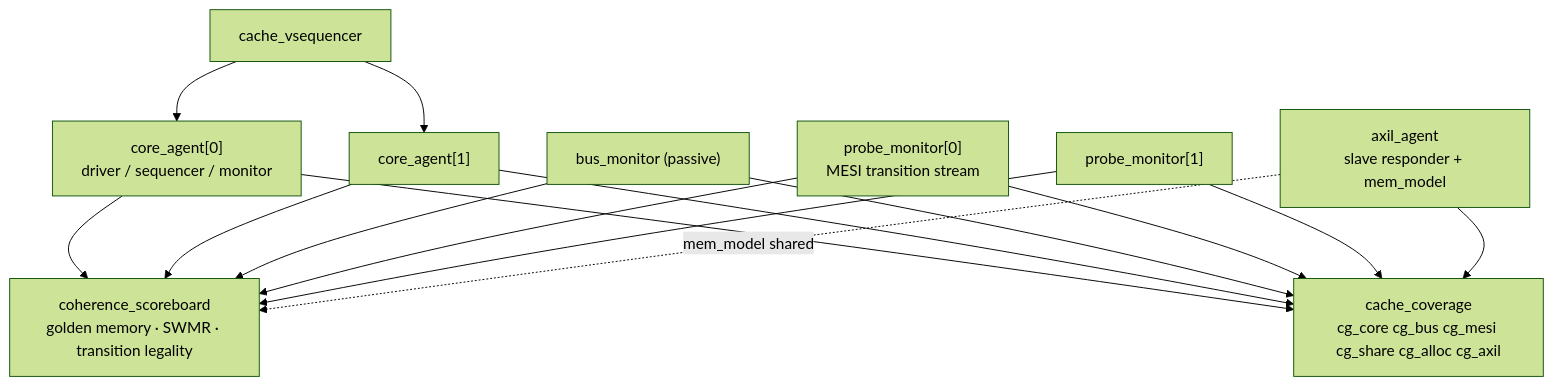
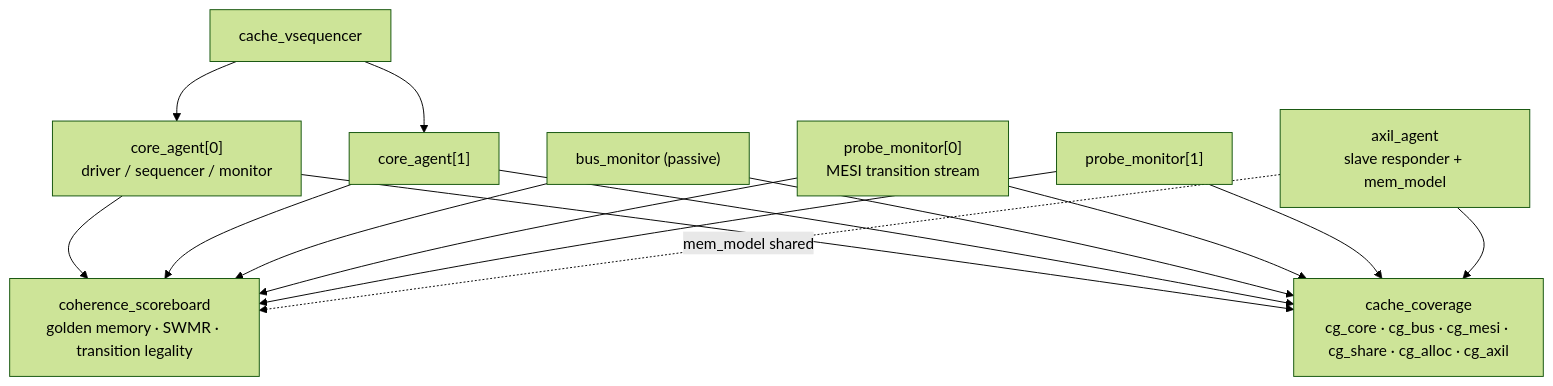
Before and after one commit to braytyu/braytcache: the second of 2 diagrams in README.md, drawn with Mermaid (forest theme). The commit also changed other lines of this file and 1 other file, not shown here.

````diff
--- a/README.md
+++ b/README.md
@@ -463,13 +381,20 @@
 ```mermaid
 graph TB
+
   VSQ["cache_vsequencer"] --> CA0 & CA1
+
   CA0["core_agent[0]<br/>driver / sequencer / monitor"] --> SB & COV
   CA1["core_agent[1]"] --> SB & COV
+
   BM["bus_monitor (passive)"] --> SB & COV
+
   PM0["probe_monitor[0]<br/>MESI transition stream"] --> SB & COV
   PM1["probe_monitor[1]"] --> SB & COV
+
   AX["axil_agent<br/>slave responder + mem_model"] --> COV
   AX -.->|mem_model shared| SB
+
   SB["coherence_scoreboard<br/>golden memory · SWMR · transition legality"]
-  COV["cache_coverage<br/>cg_core cg_bus cg_mesi cg_share cg_alloc cg_axil"]
+
+  COV["cache_coverage<br/>cg_core · cg_bus · cg_mesi · cg_share · cg_alloc · cg_axil"]
 ```
````
